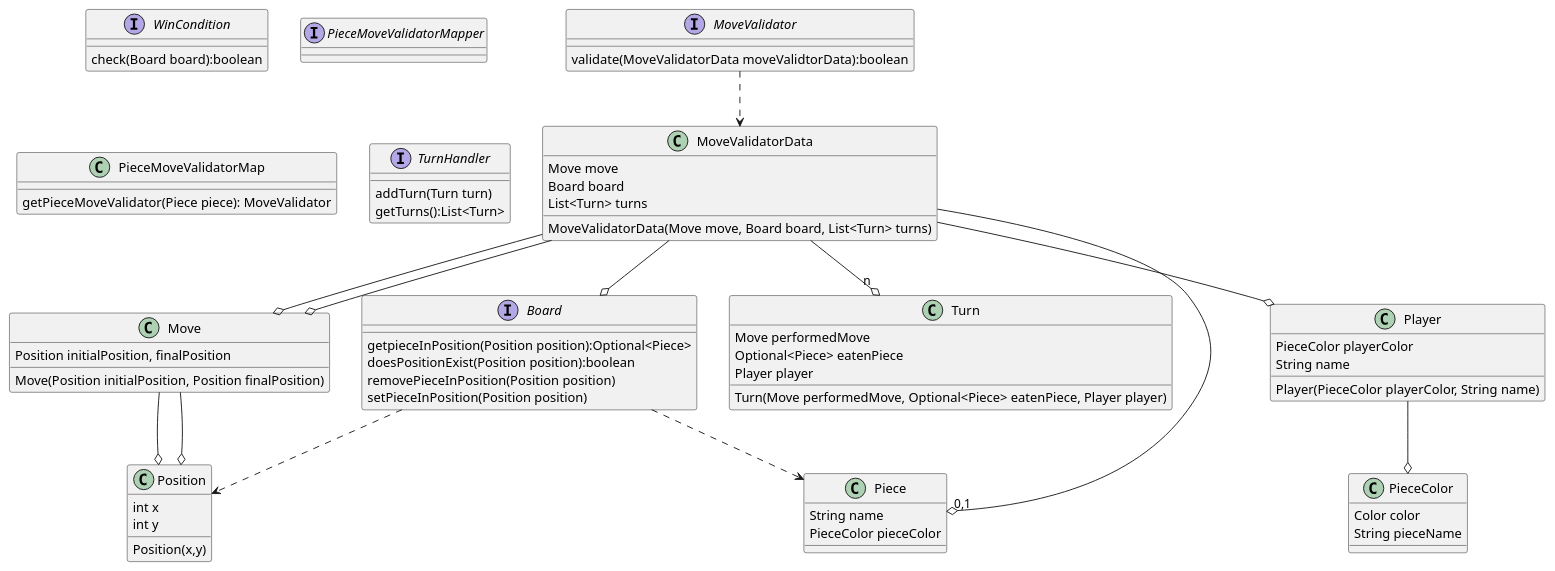
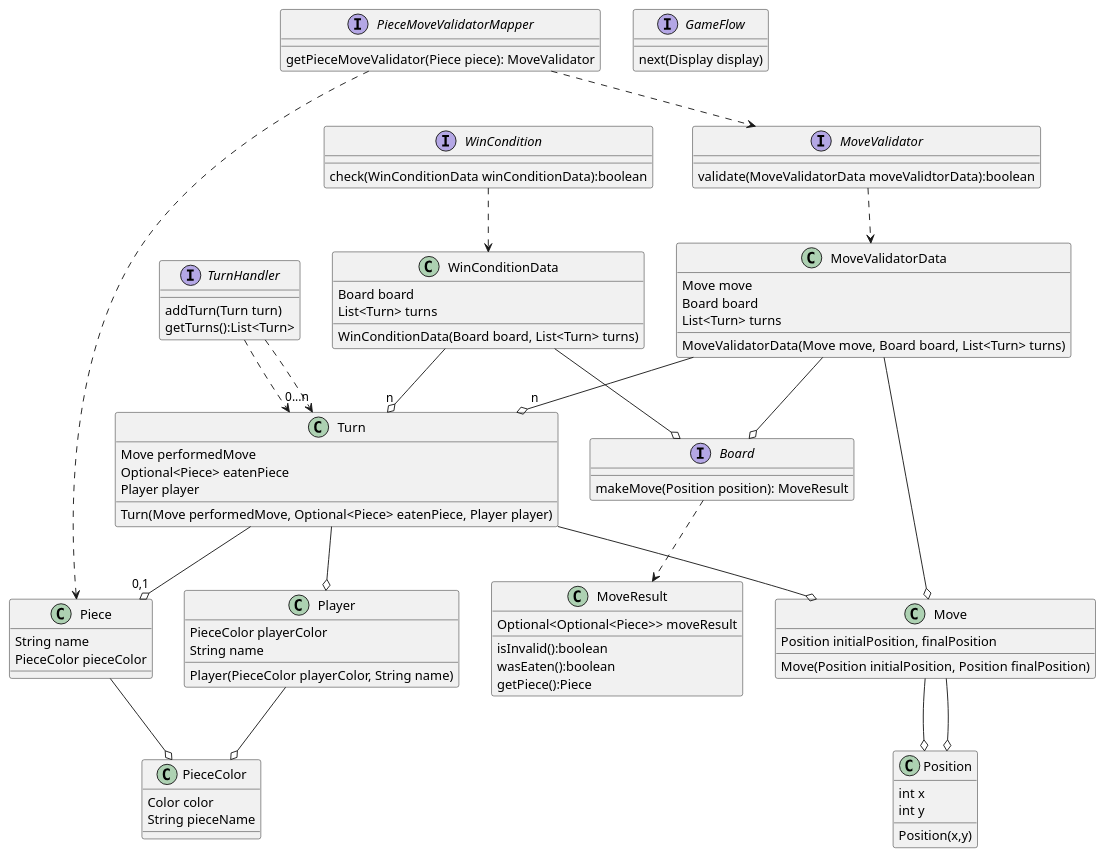
The diagram in chess.puml (jalopbauer/chess), drawn with PlantUML before and after one commit.

Commit message:
Kept working

```diff
--- a/chess.puml
+++ b/chess.puml
@@ -1,80 +1,106 @@
 @startuml Chess
 
 class Position
 Position : int x
 Position : int y
 ' Methods
 Position : Position(x,y)
 
 class Move
 Move : Position initialPosition, finalPosition
 ' Methods
 Move : Move(Position initialPosition, Position finalPosition)
 ' Relationships
 Move --o Position
 Move --o Position
 
 class MoveValidatorData
 MoveValidatorData : Move move
 MoveValidatorData : Board board
 MoveValidatorData : List<Turn> turns
 ' Methods
 MoveValidatorData : MoveValidatorData(Move move, Board board, List<Turn> turns)
 ' Relationships
 MoveValidatorData --o Move
 MoveValidatorData --o Board
 MoveValidatorData --o "n" Turn
 
+class WinConditionData
+WinConditionData : Board board
+WinConditionData : List<Turn> turns
+' Methods
+WinConditionData : WinConditionData(Board board, List<Turn> turns)
+' Relationships
+WinConditionData --o Board
+WinConditionData --o "n" Turn
+
 class Turn
 Turn : Move performedMove
 Turn : Optional<Piece> eatenPiece
 Turn : Player player
 ' Methods
 Turn : Turn(Move performedMove, Optional<Piece> eatenPiece, Player player)
 ' Relationships
-MoveValidatorData --o Move
-MoveValidatorData --o "0,1" Piece
-MoveValidatorData --o Player
+Turn --o Move
+Turn --o "0,1" Piece
+Turn --o Player
 
 class Player
 Player : PieceColor playerColor
 Player : String name
 ' Methods
 Player : Player(PieceColor playerColor, String name)
 ' Relationships
 Player --o PieceColor
 
 class PieceColor
 PieceColor : Color color
 PieceColor : String pieceName
 
 class Piece
 Piece : String name
 Piece : PieceColor pieceColor
+' Relationships
+Piece --o PieceColor
 
+' No me gusta, cambiar
+class MoveResult
+MoveResult : Optional<Optional<Piece>> moveResult
+MoveResult : isInvalid():boolean
+MoveResult : wasEaten():boolean
+MoveResult : getPiece():Piece
 
 interface MoveValidator
 MoveValidator : validate(MoveValidatorData moveValidtorData):boolean
 ' Relationships
 MoveValidator ..> MoveValidatorData
 
 ' Piece Handler
 interface Board
-Board : getpieceInPosition(Position position):Optional<Piece>
-Board : doesPositionExist(Position position):boolean
-Board : removePieceInPosition(Position position)
-Board : setPieceInPosition(Position position)
-Board ..> Position
-Board ..> Piece
+Board : makeMove(Position position): MoveResult
+' Relationships
+Board ..> MoveResult
 
 interface WinCondition
-WinCondition : check(Board board):boolean
+WinCondition : check(WinConditionData winConditionData):boolean
+' Relationships
+WinCondition ..> WinConditionData
 
 interface PieceMoveValidatorMapper
-PieceMoveValidatorMap : getPieceMoveValidator(Piece piece): MoveValidator
+PieceMoveValidatorMapper : getPieceMoveValidator(Piece piece): MoveValidator
+' Relationships
+PieceMoveValidatorMapper ..> Piece
+PieceMoveValidatorMapper ..> MoveValidator
 
 interface TurnHandler
 TurnHandler : addTurn(Turn turn)
 TurnHandler : getTurns():List<Turn>
+' Relationships
+TurnHandler ..> Turn
+TurnHandler ..> "0...n" Turn
 
+interface GameFlow
+GameFlow : next(Display display)
+' Las win conditions siempre van a usar WinConditionData y nunca va a cambiar. Pasar un puntero pero que no lo pueda editar maybe mejor?
+' MoveValidatorData los mismo ue arriba peeero el move si cambia entonces eso si pasar por el metodo?
 @enduml
```
